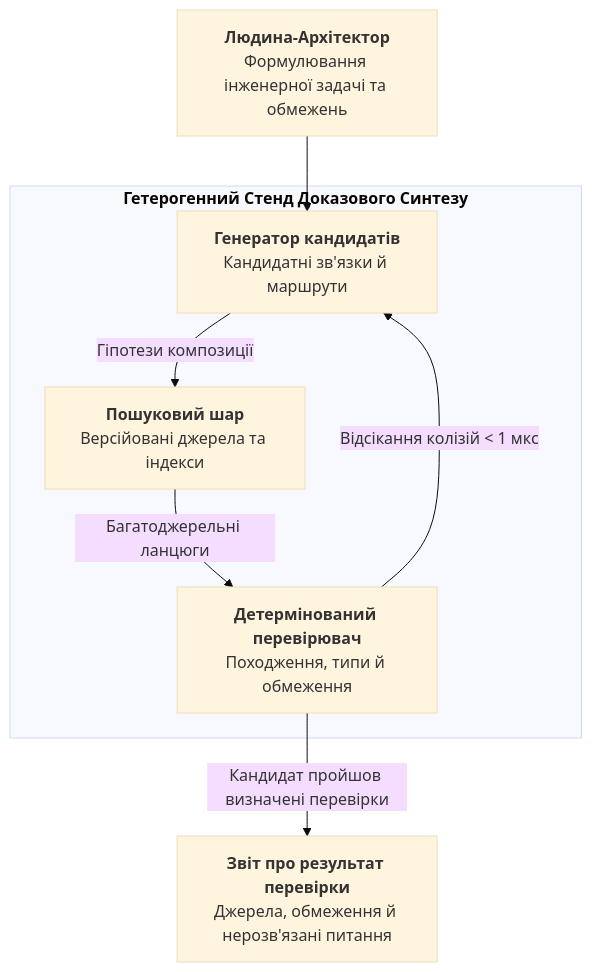
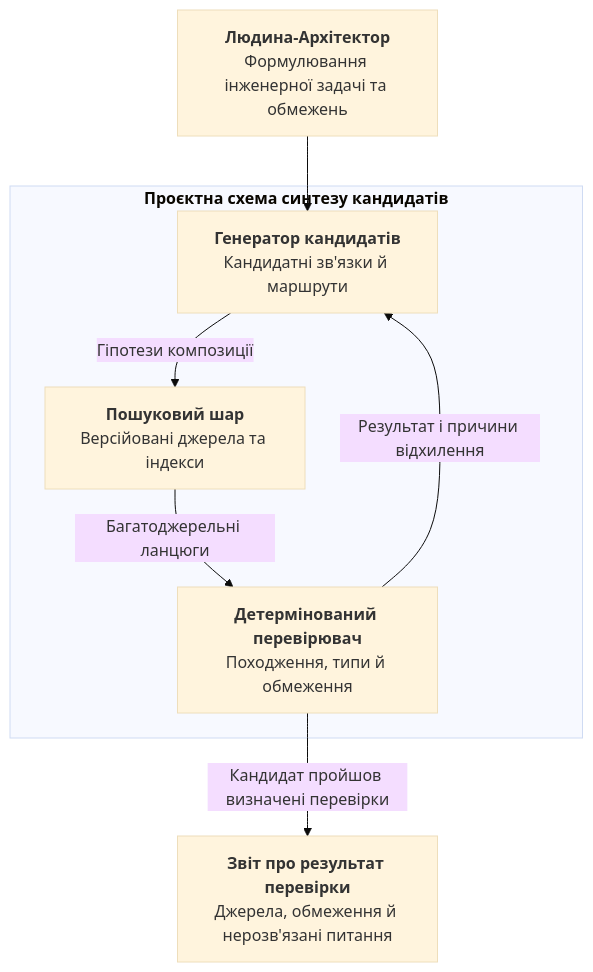
The fifth of 5 diagrams in ExpertSystem/ch29-neuro-symbolic-architecture.md (nick-fedchik/articles), drawn with Mermaid (base theme) before and after one commit. The commit also changed other lines of this file and 7 other files, not shown here.

````diff
--- a/ExpertSystem/ch29-neuro-symbolic-architecture.md
+++ b/ExpertSystem/ch29-neuro-symbolic-architecture.md
@@ -757,16 +1047,18 @@
 ```mermaid
 flowchart TD
+	accTitle: Авторська схема розділення синтезу й перевірки
+	accDescr: Генератор пропонує міждоменні зв'язки; перевірювач повертає результат і межі перевірки без заявленої часової гарантії та без автоматичного дозволу на дію.
     Architect["<b>Людина-Архітектор</b><br/>Формулювання інженерної задачі та обмежень"] --> System1
-    
-    subgraph Stand["<b>Гетерогенний Стенд Доказового Синтезу</b>"]
+
+	subgraph Stand["<b>Проєктна схема синтезу кандидатів</b>"]
 		System1["<b>Генератор кандидатів</b><br/>Кандидатні зв'язки й маршрути"]
 		Arena["<b>Пошуковий шар</b><br/>Версійовані джерела та індекси"]
 		System2["<b>Детермінований перевірювач</b><br/>Походження, типи й обмеження"]
-        
+
         System1 -->|"Гіпотези композиції"| Arena
         Arena -->|"Багатоджерельні ланцюги"| System2
-        System2 -->|"Відсікання колізій < 1 мкс"| System1
+		System2 -->|"Результат і причини відхилення"| System1
     end
-    
+
 	System2 -->|"Кандидат пройшов визначені перевірки"| Passport["<b>Звіт про результат перевірки</b><br/>Джерела, обмеження й нерозв'язані питання"]
 ```
````
